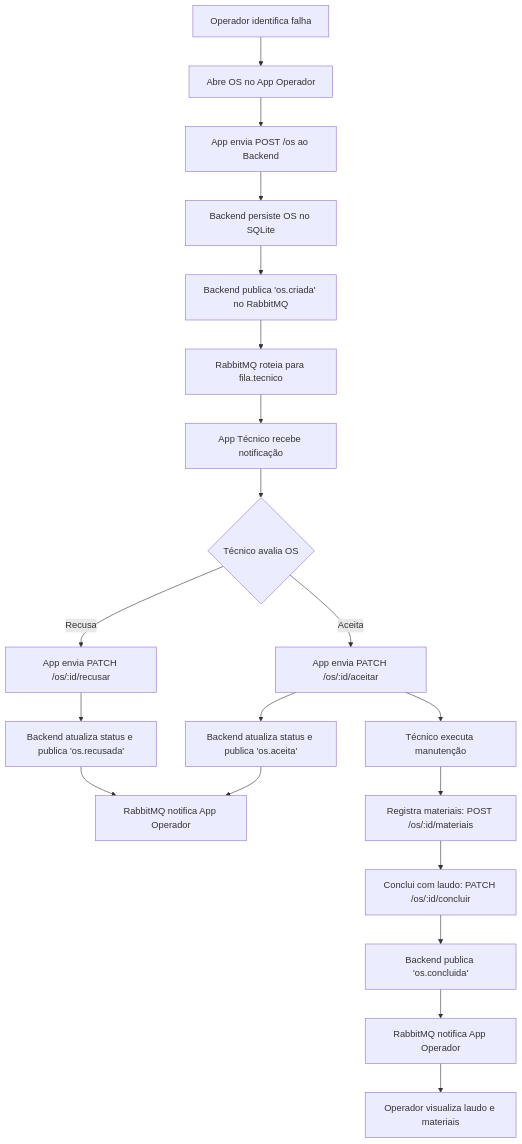
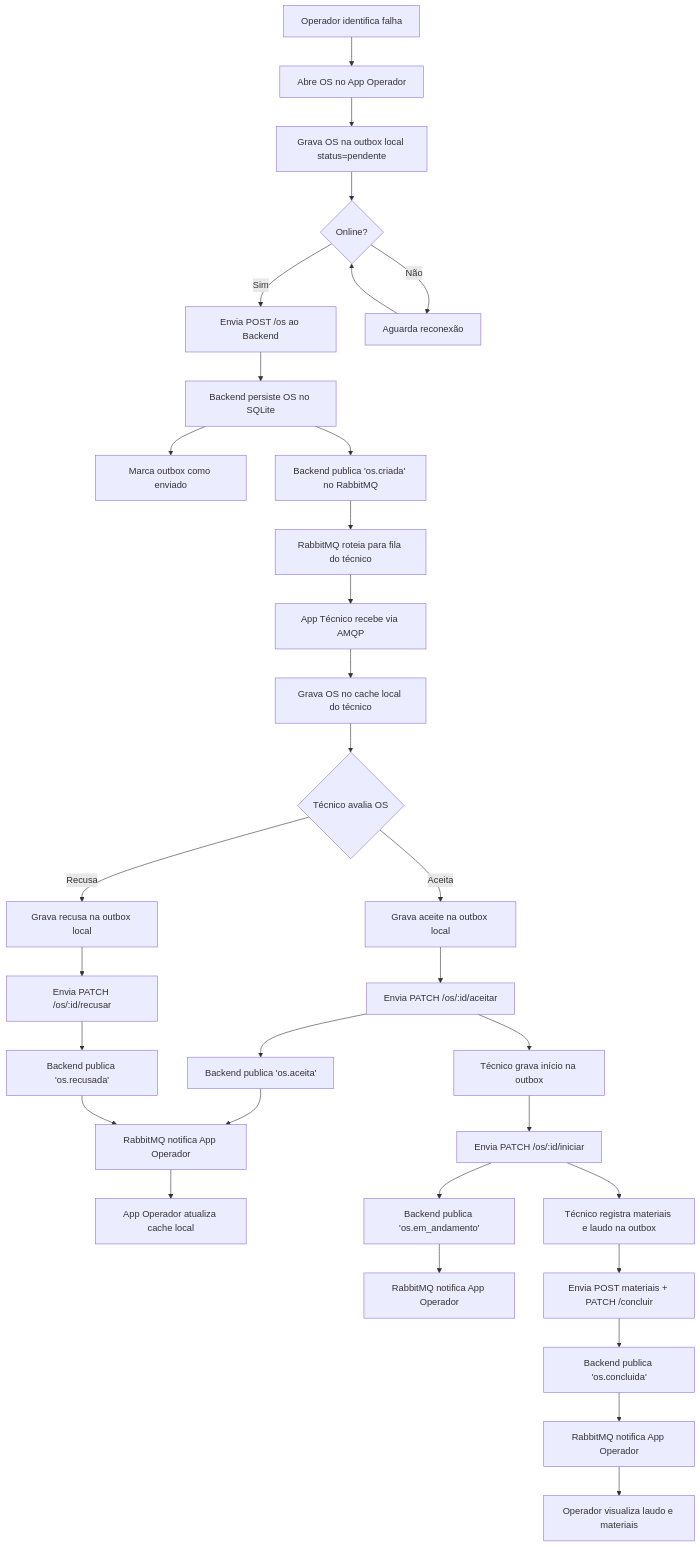
One commit to art1544/PlantOS-LAMD changed diagram 11 of 11 in docs/sprint1/arquitetura.md. Above: the diagram before and after it, drawn with Mermaid. The commit also changed other lines of this file and 5 other files, not shown here.

First line of the commit message:
feat: enhance architecture documentation for PlantOS

````diff
--- a/docs/sprint1/arquitetura.md
+++ b/docs/sprint1/arquitetura.md
@@ -649,22 +854,34 @@
 ```mermaid
 flowchart TD
     A[Operador identifica falha] --> B[Abre OS no App Operador]
-    B --> C[App envia POST /os ao Backend]
-    C --> D[Backend persiste OS no SQLite]
-    D --> E[Backend publica 'os.criada' no RabbitMQ]
-    E --> F[RabbitMQ roteia para fila.tecnico]
-    F --> G[App Técnico recebe notificação]
-    G --> H{Técnico avalia OS}
-    H -->|Aceita| I[App envia PATCH /os/:id/aceitar]
-    H -->|Recusa| J[App envia PATCH /os/:id/recusar]
-    I --> K[Backend atualiza status e publica 'os.aceita']
-    J --> L[Backend atualiza status e publica 'os.recusada']
-    K --> M[RabbitMQ notifica App Operador]
-    L --> M
-    I --> N[Técnico executa manutenção]
-    N --> O[Registra materiais: POST /os/:id/materiais]
-    O --> P[Conclui com laudo: PATCH /os/:id/concluir]
-    P --> Q[Backend publica 'os.concluida']
-    Q --> R[RabbitMQ notifica App Operador]
-    R --> S[Operador visualiza laudo e materiais]
+    B --> C[Grava OS na outbox local status=pendente]
+    C --> D{Online?}
+    D -->|Sim| E[Envia POST /os ao Backend]
+    D -->|Não| W[Aguarda reconexão]
+    W --> D
+    E --> F[Backend persiste OS no SQLite]
+    F --> G[Marca outbox como enviado]
+    F --> H[Backend publica 'os.criada' no RabbitMQ]
+    H --> I[RabbitMQ roteia para fila do técnico]
+    I --> J[App Técnico recebe via AMQP]
+    J --> K[Grava OS no cache local do técnico]
+    K --> L{Técnico avalia OS}
+    L -->|Aceita| M[Grava aceite na outbox local]
+    L -->|Recusa| N[Grava recusa na outbox local]
+    M --> O[Envia PATCH /os/:id/aceitar]
+    N --> P[Envia PATCH /os/:id/recusar]
+    O --> Q[Backend publica 'os.aceita']
+    P --> R[Backend publica 'os.recusada']
+    Q --> S[RabbitMQ notifica App Operador]
+    R --> S
+    S --> T[App Operador atualiza cache local]
+    O --> U[Técnico grava início na outbox]
+    U --> V[Envia PATCH /os/:id/iniciar]
+    V --> V2[Backend publica 'os.em_andamento']
+    V2 --> V3[RabbitMQ notifica App Operador]
+    V --> X[Técnico registra materiais e laudo na outbox]
+    X --> Y[Envia POST materiais + PATCH /concluir]
+    Y --> Z[Backend publica 'os.concluida']
+    Z --> AA[RabbitMQ notifica App Operador]
+    AA --> AB[Operador visualiza laudo e materiais]
 ```
````
